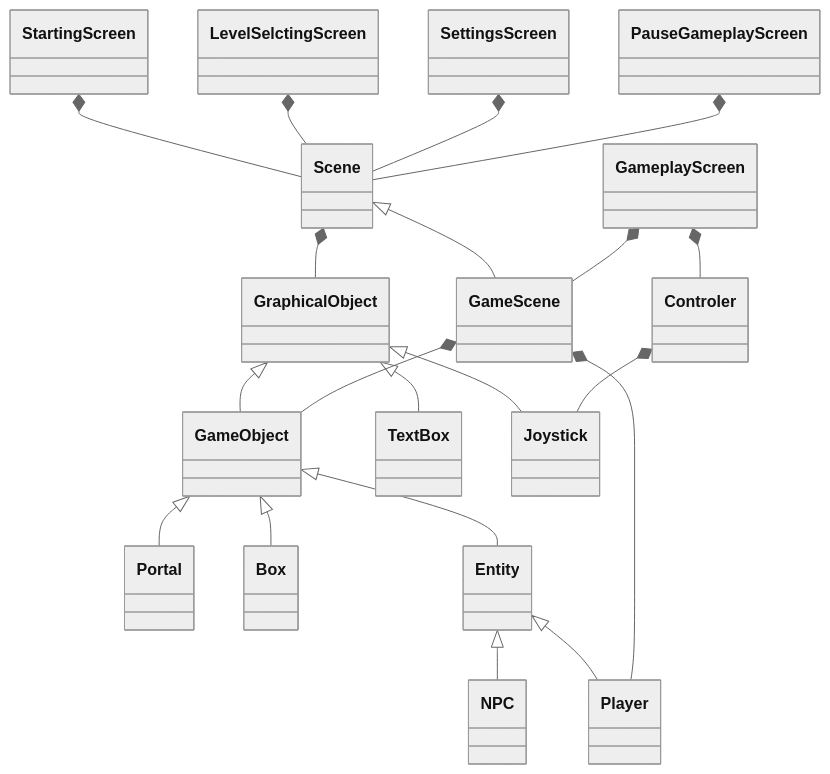
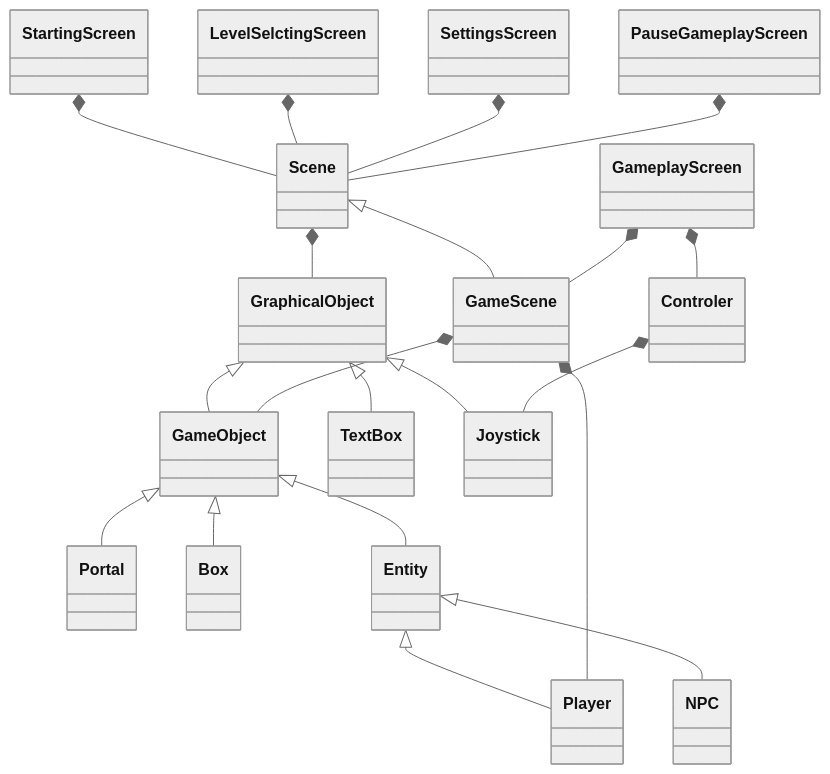
The diagram in planning_class_structure/README.md (dRoycon/HS_SoftwareEngineeringProject), drawn with Mermaid (neutral theme) before and after one commit. The commit also changed other lines of this file, not shown here.

````diff
--- a/planning_class_structure/README.md
+++ b/planning_class_structure/README.md
@@ -3,32 +3,32 @@
 ``` mermaid
 classDiagram
     GraphicalObject <|-- GameObject 
     GraphicalObject <|-- TextBox
     GraphicalObject <|-- Joystick
 
     GameObject <|-- Portal
     GameObject <|-- Box
     GameObject <|-- Entity
 
     Entity <|-- NPC
     Entity <|-- Player
 
+    Scene <|-- GameScene
     Scene *-- GraphicalObject
-    Scene <|-- GameScene
 
     GameScene *-- Player
     GameScene *-- GameObject
 
     Controler *-- Joystick
 
     GameplayScreen *-- GameScene
     GameplayScreen *-- Controler
 
     StartingScreen *-- Scene
 
     LevelSelctingScreen *-- Scene
     SettingsScreen *-- Scene
     PauseGameplayScreen *-- Scene
 
 
 ```
````
